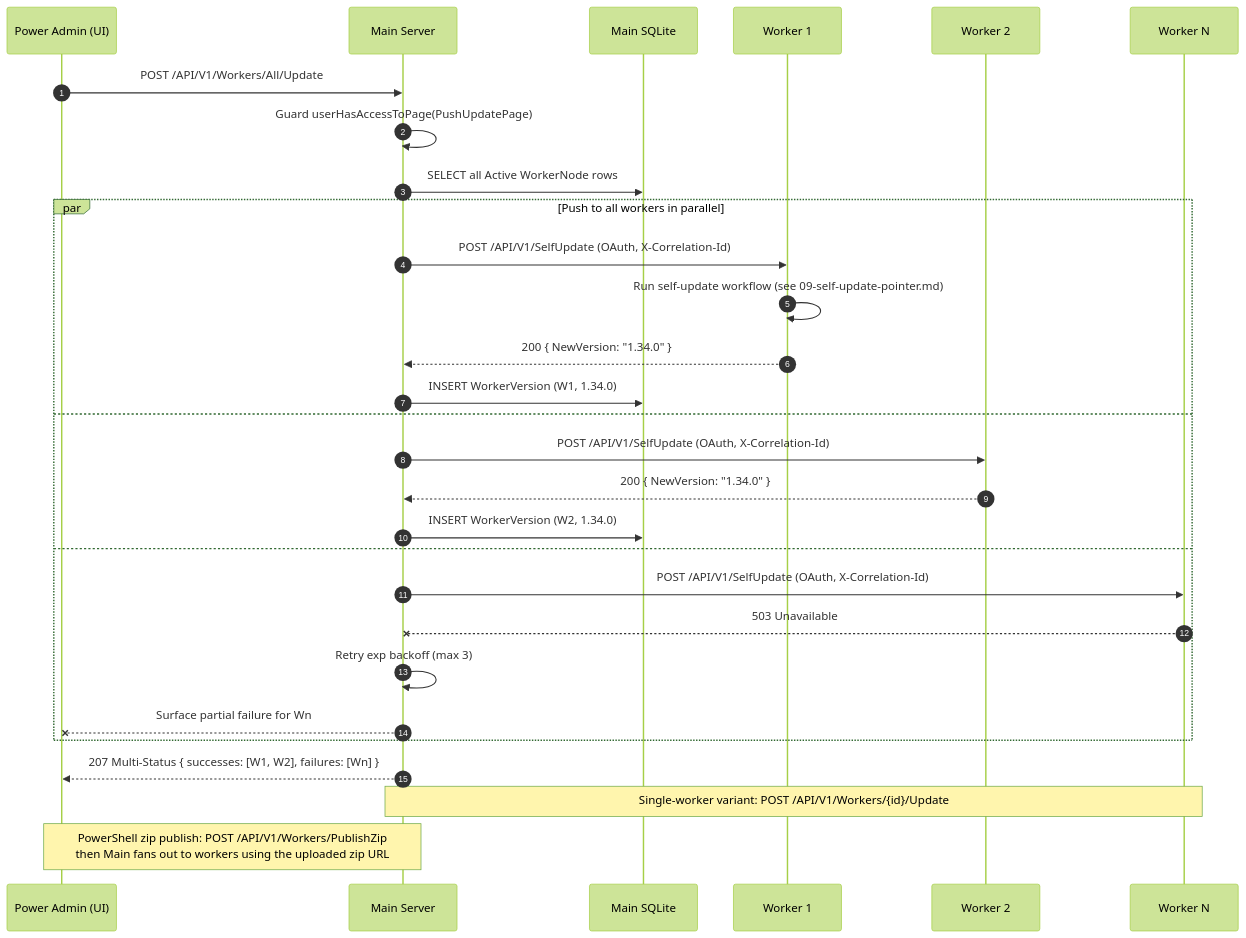
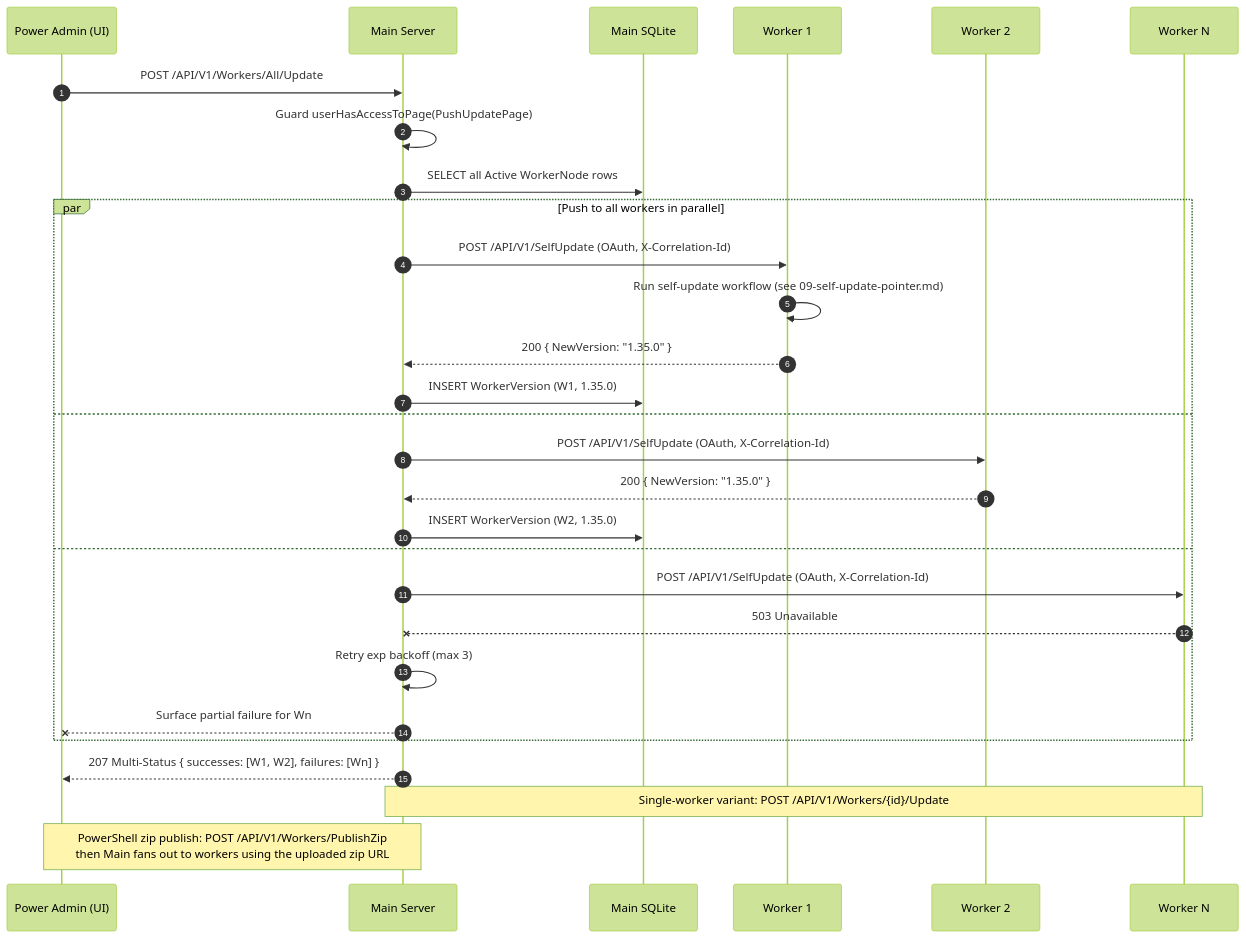
The diagram in spec/19-main-worker-service/diagrams/seq-push-update.mmd (alimtvnetwork/prompt-architect-v2), drawn with Mermaid (forest theme) before and after one commit. The commit also changed 14 other files, not shown here.

```diff
--- a/spec/19-main-worker-service/diagrams/seq-push-update.mmd
+++ b/spec/19-main-worker-service/diagrams/seq-push-update.mmd
@@ -1,43 +1,43 @@
 %% ==========================================================
 %% NON-AUTHORITATIVE PROJECTION
 %% ==========================================================
 %% Subject:        Power-Admin push-update fan-out
 %% Authoritative:  spec/14-update/28-worker-push-instruction.md + spec/19/15-tunable-constants.md
 %% Status:         Illustrative only. If this diagram disagrees
 %%                 with the authoritative spec(s) above, the
 %%                 spec wins and this file is the bug.
 %% Banner version: 1.0.0 (2026-05-04, audit fix #9)
 %% ==========================================================
 sequenceDiagram
     autonumber
     participant Admin as Power Admin (UI)
     participant Main as Main Server
     participant DB as Main SQLite
     participant W1 as Worker 1
     participant W2 as Worker 2
     participant Wn as Worker N
 
     Admin->>Main: POST /API/V1/Workers/All/Update
     Main->>Main: Guard userHasAccessToPage(PushUpdatePage)
     Main->>DB: SELECT all Active WorkerNode rows
 
     par Push to all workers in parallel
         Main->>W1: POST /API/V1/SelfUpdate (OAuth, X-Correlation-Id)
         W1->>W1: Run self-update workflow (see 09-self-update-pointer.md)
-        W1-->>Main: 200 { NewVersion: "1.34.0" }
-        Main->>DB: INSERT WorkerVersion (W1, 1.34.0)
+        W1-->>Main: 200 { NewVersion: "1.35.0" }
+        Main->>DB: INSERT WorkerVersion (W1, 1.35.0)
     and
         Main->>W2: POST /API/V1/SelfUpdate (OAuth, X-Correlation-Id)
-        W2-->>Main: 200 { NewVersion: "1.34.0" }
-        Main->>DB: INSERT WorkerVersion (W2, 1.34.0)
+        W2-->>Main: 200 { NewVersion: "1.35.0" }
+        Main->>DB: INSERT WorkerVersion (W2, 1.35.0)
     and
         Main->>Wn: POST /API/V1/SelfUpdate (OAuth, X-Correlation-Id)
         Wn--xMain: 503 Unavailable
         Main->>Main: Retry exp backoff (max 3)
         Main--xAdmin: Surface partial failure for Wn
     end
 
     Main-->>Admin: 207 Multi-Status { successes: [W1, W2], failures: [Wn] }
 
     Note over Main,Wn: Single-worker variant: POST /API/V1/Workers/{id}/Update
     Note over Admin,Main: PowerShell zip publish: POST /API/V1/Workers/PublishZip<br/>then Main fans out to workers using the uploaded zip URL
```
